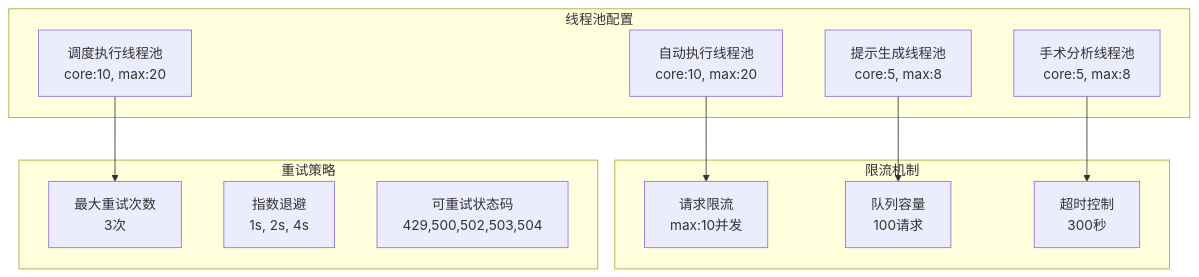
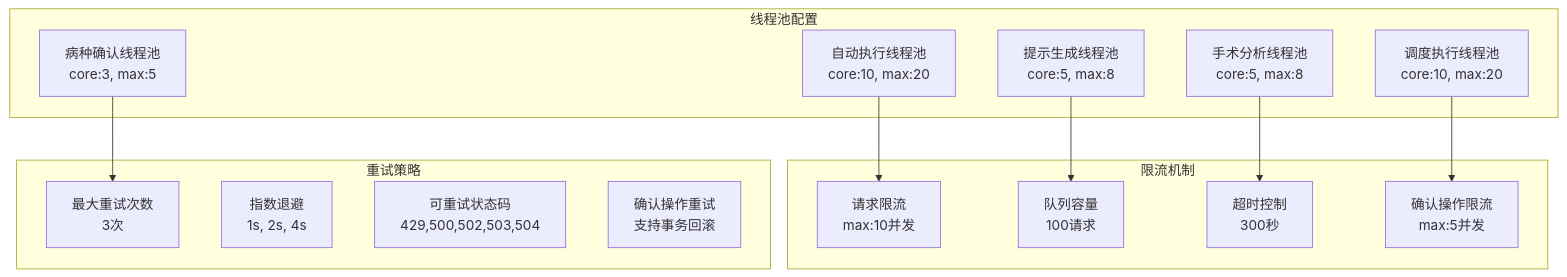
Before and after one commit to liuzh2008/med_ai_assistant_workspace: diagram 11 of 11 in .qoder/repowiki/zh/content/核心功能模块/质量控制系统.md, drawn with Mermaid. The commit also changed other lines of this file and 5 other files, not shown here.

````diff
--- a/.qoder/repowiki/zh/content/核心功能模块/质量控制系统.md
+++ b/.qoder/repowiki/zh/content/核心功能模块/质量控制系统.md
@@ -312,23 +543,27 @@
 ```mermaid
 graph TB
 subgraph "线程池配置"
 A[自动执行线程池<br/>core:10, max:20]
 B[提示生成线程池<br/>core:5, max:8]
 C[手术分析线程池<br/>core:5, max:8]
 D[调度执行线程池<br/>core:10, max:20]
+E[病种确认线程池<br/>core:3, max:5]
 end
 subgraph "限流机制"
-E[请求限流<br/>max:10并发]
-F[队列容量<br/>100请求]
-G[超时控制<br/>300秒]
+F[请求限流<br/>max:10并发]
+G[队列容量<br/>100请求]
+H[超时控制<br/>300秒]
+I[确认操作限流<br/>max:5并发]
 end
 subgraph "重试策略"
-H[最大重试次数<br/>3次]
-I[指数退避<br/>1s, 2s, 4s]
-J[可重试状态码<br/>429,500,502,503,504]
+J[最大重试次数<br/>3次]
+K[指数退避<br/>1s, 2s, 4s]
+L[可重试状态码<br/>429,500,502,503,504]
+M[确认操作重试<br/>支持事务回滚]
 end
-A --> E
-B --> F
-C --> G
-D --> H
+A --> F
+B --> G
+C --> H
+D --> I
+E --> J
 ```
````
